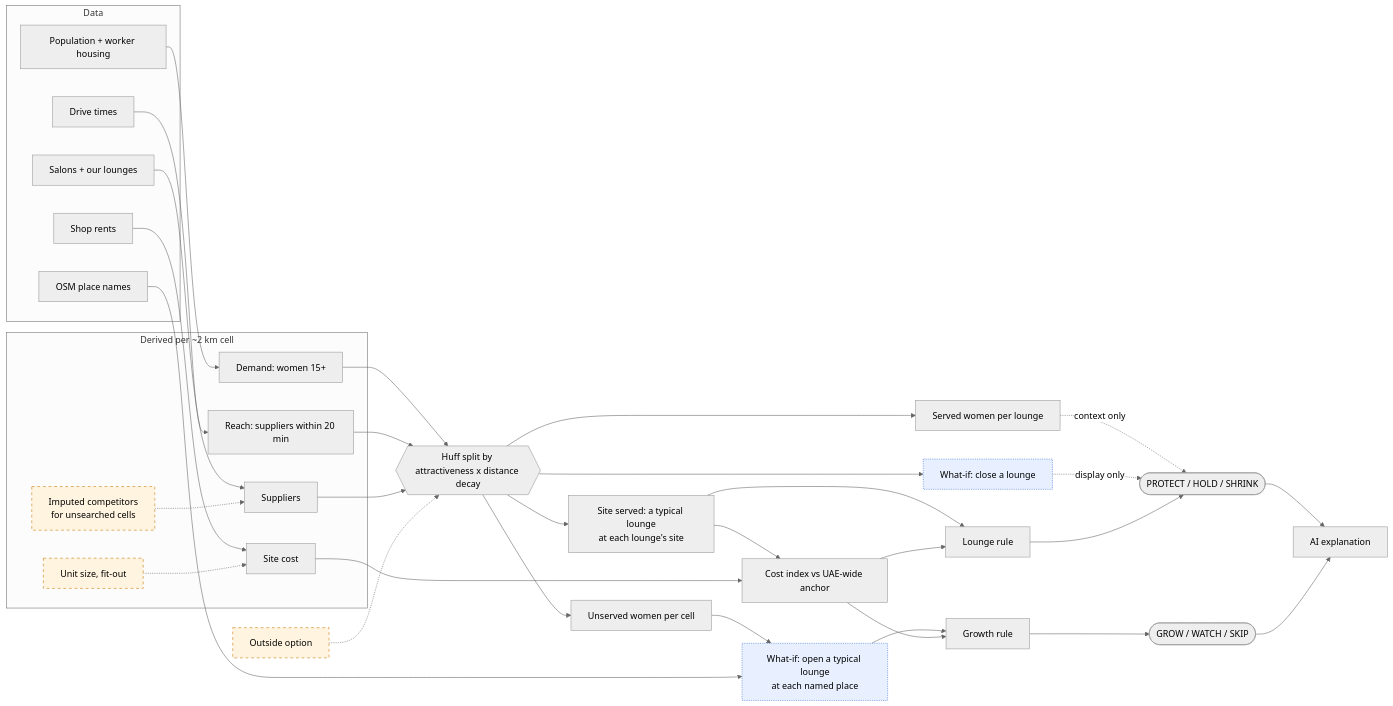
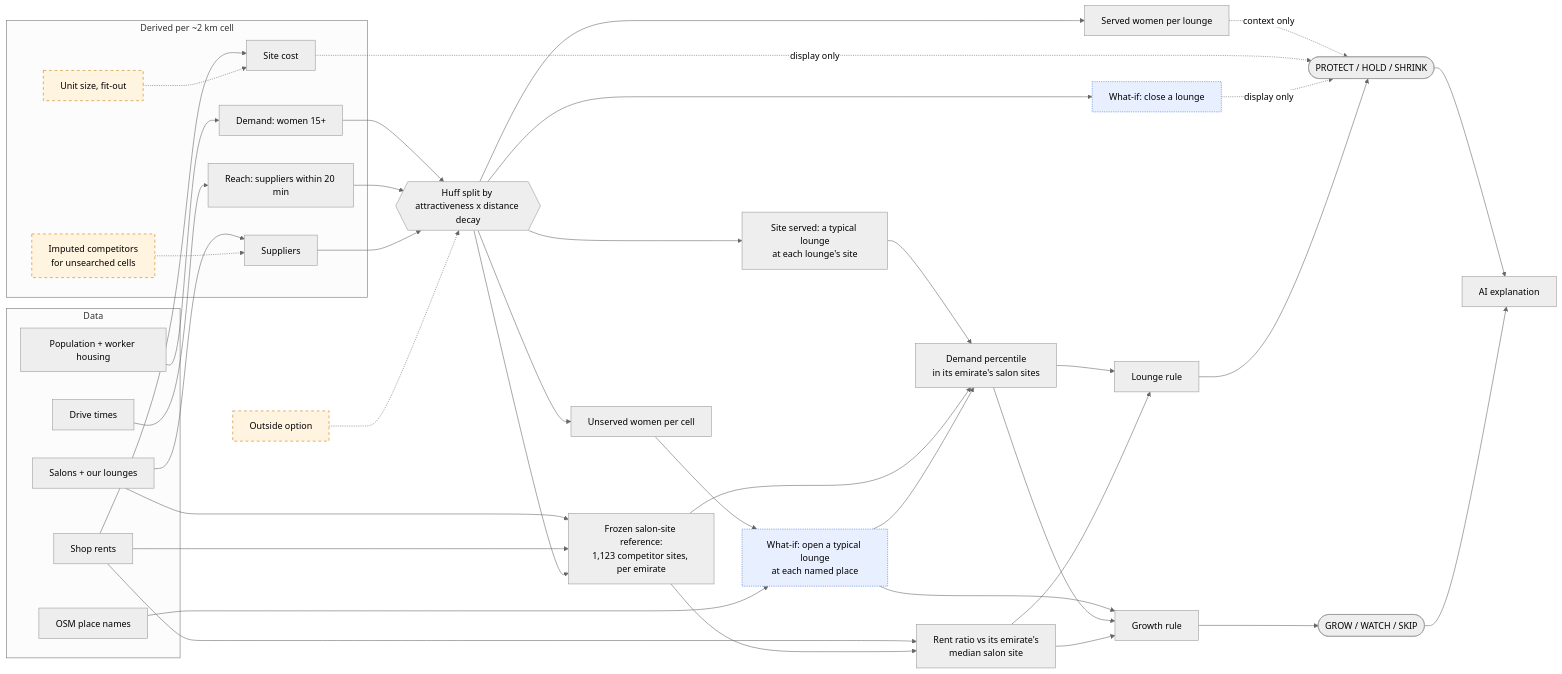
The first of 2 diagrams in README.md (thenomadlad/2pz-ai-case-study), drawn with Mermaid (neutral theme) before and after one commit. The commit also changed other lines of this file and 4 other files, not shown here.

First line of the commit message:
Docs: salon-site reference, demand percentile and rent ratio replace the UAE-wide cost anchor

````diff
--- a/README.md
+++ b/README.md
@@ -179,63 +190,73 @@
 ```mermaid
 flowchart LR
   subgraph SRC["Data"]
     WP["Population + worker housing"]
     MB["Drive times"]
     GP["Salons + our lounges"]
     RENT["Shop rents"]
     OSM["OSM place names"]
   end
   subgraph DER["Derived per ~2 km cell"]
     DEM["Demand: women 15+"]
     REACH["Reach: suppliers within 20 min"]
     SUP["Suppliers"]
     IMP["Imputed competitors<br/>for unsearched cells"]:::assume
     COST["Site cost"]
     UNIT["Unit size, fit-out"]:::assume
   end
   HUFF{{"Huff split by attractiveness x distance decay"}}
   OUT["Outside option"]:::assume
   SERVED["Served women per lounge"]
   UNSERVED["Unserved women per cell"]
   SITE["Site served: a typical lounge<br/>at each lounge's site"]
-  CIX["Cost index vs UAE-wide anchor"]
+  REF["Frozen salon-site reference:<br/>1,123 competitor sites, per emirate"]
+  DPCT["Demand percentile<br/>in its emirate's salon sites"]
+  RR["Rent ratio vs its emirate's<br/>median salon site"]
   CANN["What-if: close a lounge"]:::whatif
   OPEN["What-if: open a typical lounge<br/>at each named place"]:::whatif
   LRULE["Lounge rule"]
   GRULE["Growth rule"]
   LCALL(["PROTECT / HOLD / SHRINK"])
   GCALL(["GROW / WATCH / SKIP"])
   AI["AI explanation"]
 
   WP --> DEM
   MB --> REACH
   GP --> SUP
   IMP -.-> SUP
   RENT --> COST
   UNIT -.-> COST
+  RENT --> RR
+  GP --> REF
+  RENT --> REF
   DEM --> HUFF
   REACH --> HUFF
   SUP --> HUFF
   OUT -.-> HUFF
   HUFF --> SERVED
   HUFF --> UNSERVED
   HUFF --> SITE
-  SITE --> CIX
-  COST --> CIX
-  SITE --> LRULE
+  HUFF --> REF
+  SITE --> DPCT
+  REF --> DPCT
+  REF --> RR
+  DPCT --> LRULE
+  RR --> LRULE
   SERVED -.->|context only| LCALL
-  CIX --> LRULE
+  COST -.->|display only| LCALL
   HUFF --> CANN
   CANN -.->|display only| LCALL
   UNSERVED --> OPEN
   OSM --> OPEN
   OPEN --> GRULE
-  CIX --> GRULE
+  OPEN --> DPCT
+  DPCT --> GRULE
+  RR --> GRULE
   LRULE --> LCALL
   GRULE --> GCALL
   LCALL --> AI
   GCALL --> AI
 
   classDef assume stroke-dasharray: 5 5,fill:#fff4e0,stroke:#c77700,color:#000
   classDef whatif stroke-dasharray: 2 2,fill:#e8f0ff,stroke:#3b6fd6,color:#000
 ```
````
